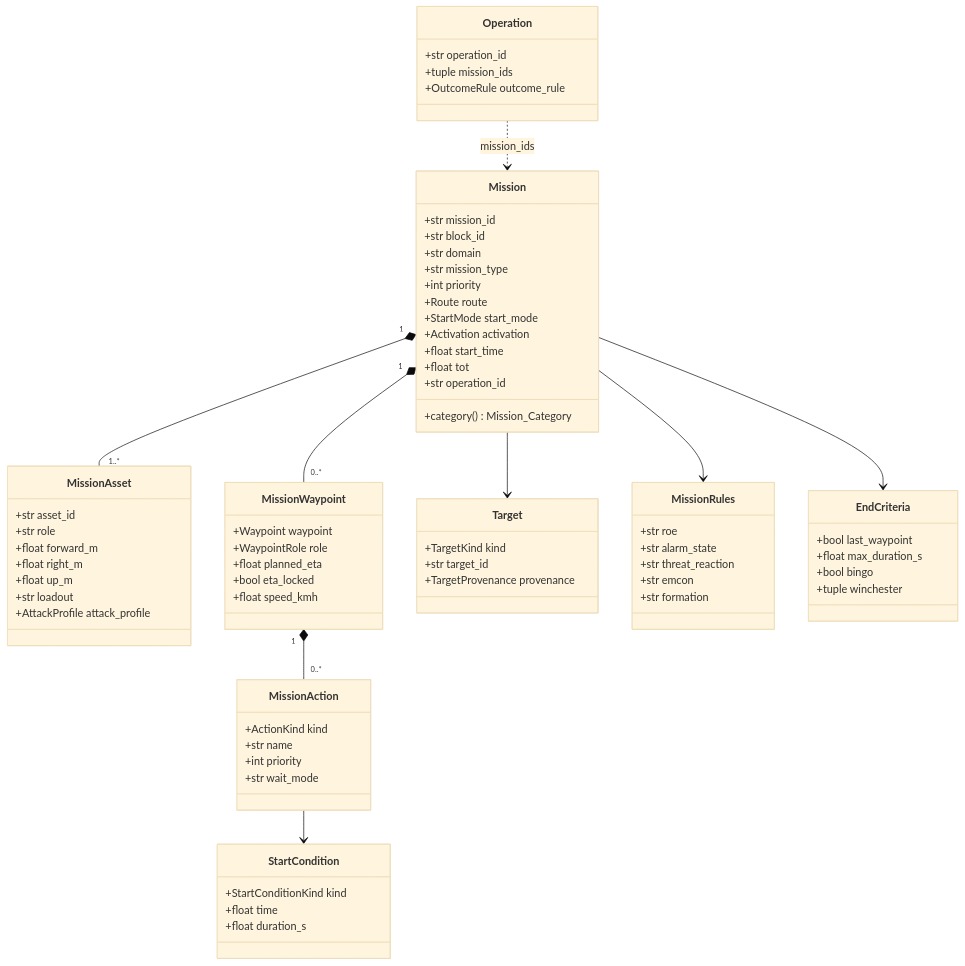
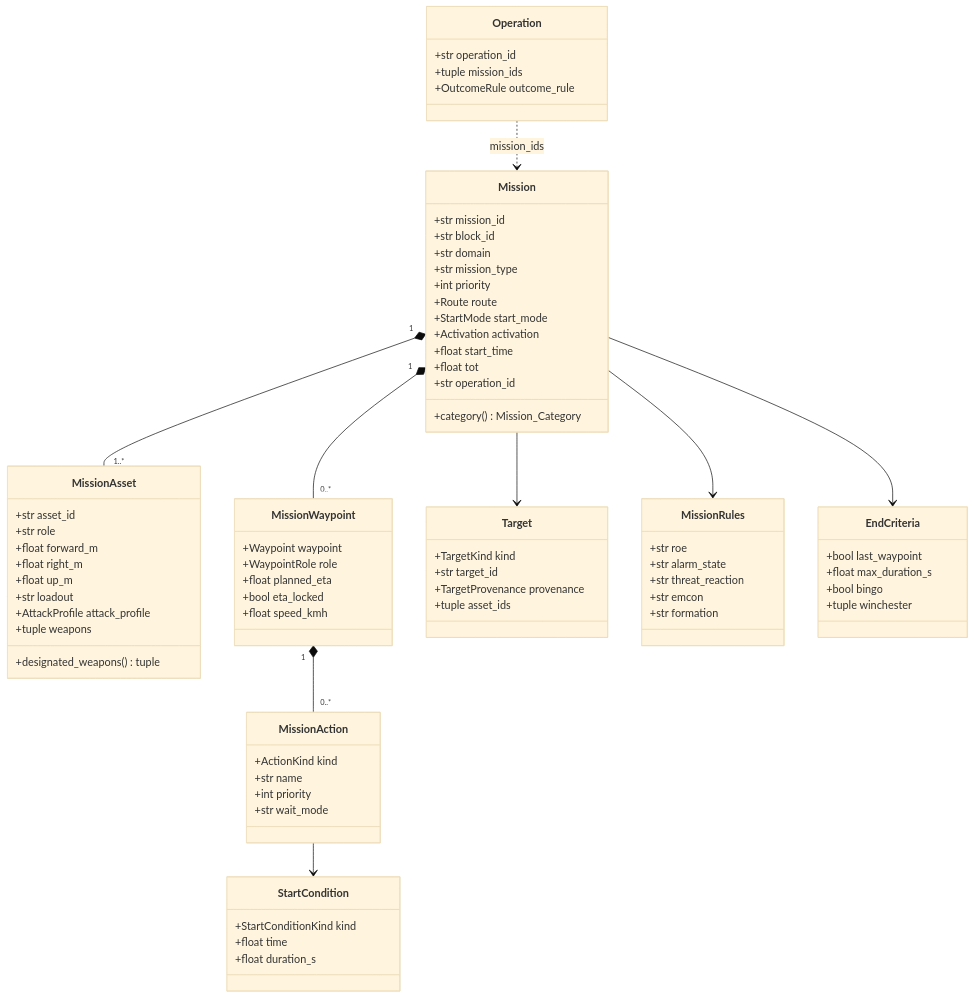
Before and after one commit to MakusIV/Warfare-Model: the second of 4 diagrams in Analysis/Document/Manuale_Motore_DES/03_Strato0_Contratto_Porte.md, drawn with Mermaid (base theme). The commit also changed other lines of this file and 9 other files, not shown here.

````diff
--- a/Analysis/Document/Manuale_Motore_DES/03_Strato0_Contratto_Porte.md
+++ b/Analysis/Document/Manuale_Motore_DES/03_Strato0_Contratto_Porte.md
@@ -367,76 +382,79 @@
 ```mermaid
 classDiagram
     class Mission {
         +str mission_id
         +str block_id
         +str domain
         +str mission_type
         +int priority
         +Route route
         +StartMode start_mode
         +Activation activation
         +float start_time
         +float tot
         +str operation_id
         +category() Mission_Category
     }
     class MissionAsset {
         +str asset_id
         +str role
         +float forward_m
         +float right_m
         +float up_m
         +str loadout
         +AttackProfile attack_profile
+        +tuple weapons
+        +designated_weapons() tuple
     }
     class MissionWaypoint {
         +Waypoint waypoint
         +WaypointRole role
         +float planned_eta
         +bool eta_locked
         +float speed_kmh
     }
     class MissionAction {
         +ActionKind kind
         +str name
         +int priority
         +str wait_mode
     }
     class StartCondition {
         +StartConditionKind kind
         +float time
         +float duration_s
     }
     class Target {
         +TargetKind kind
         +str target_id
         +TargetProvenance provenance
+        +tuple asset_ids
     }
     class MissionRules {
         +str roe
         +str alarm_state
         +str threat_reaction
         +str emcon
         +str formation
     }
     class EndCriteria {
         +bool last_waypoint
         +float max_duration_s
         +bool bingo
         +tuple winchester
     }
     class Operation {
         +str operation_id
         +tuple mission_ids
         +OutcomeRule outcome_rule
     }
 
     Mission "1" *-- "1..*" MissionAsset
     Mission "1" *-- "0..*" MissionWaypoint
     MissionWaypoint "1" *-- "0..*" MissionAction
     MissionAction --> StartCondition
     Mission --> Target
     Mission --> MissionRules
     Mission --> EndCriteria
     Operation ..> Mission : mission_ids
 ```
````
